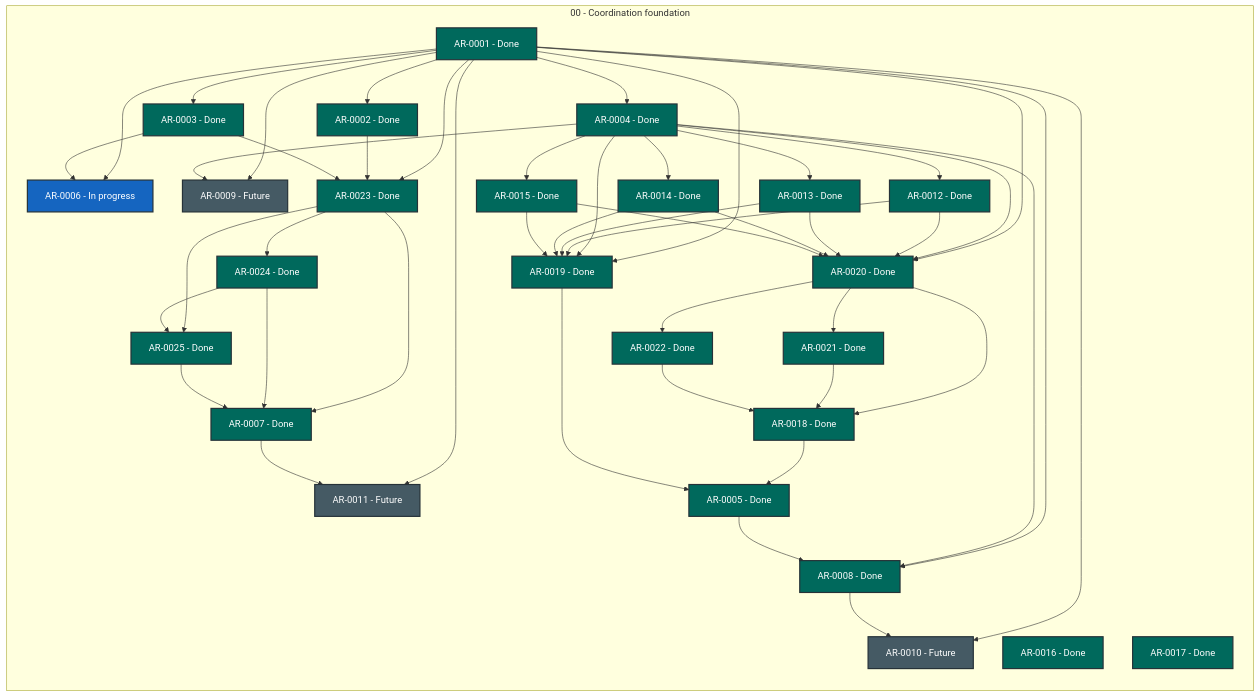
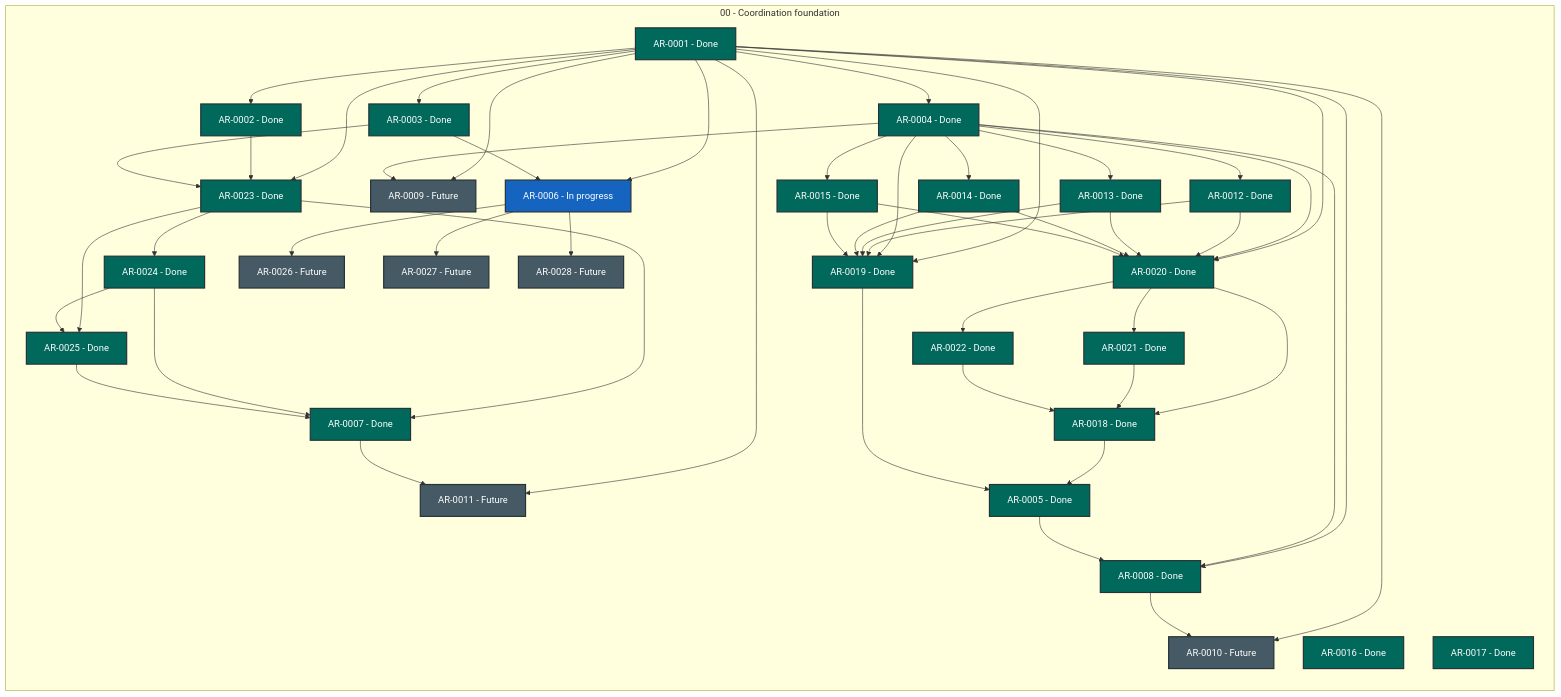
Before and after one commit to martin-beck/agent-workflow-quality-state: the diagram in STATUS.md, drawn with Mermaid. The commit also changed other lines of this file and 2 other files, not shown here.

```diff
--- a/STATUS.md
+++ b/STATUS.md
@@ -53,6 +53,9 @@
         AR_0023["AR-0023 - Done"]:::status_done
         AR_0024["AR-0024 - Done"]:::status_done
         AR_0025["AR-0025 - Done"]:::status_done
+        AR_0026["AR-0026 - Future"]:::status_future
+        AR_0027["AR-0027 - Future"]:::status_future
+        AR_0028["AR-0028 - Future"]:::status_future
     end
     AR_0001 --> AR_0002
     AR_0001 --> AR_0003
@@ -77,6 +80,9 @@
     AR_0004 --> AR_0019
     AR_0004 --> AR_0020
     AR_0005 --> AR_0008
+    AR_0006 --> AR_0026
+    AR_0006 --> AR_0027
+    AR_0006 --> AR_0028
     AR_0007 --> AR_0011
     AR_0008 --> AR_0010
     AR_0012 --> AR_0019
```
